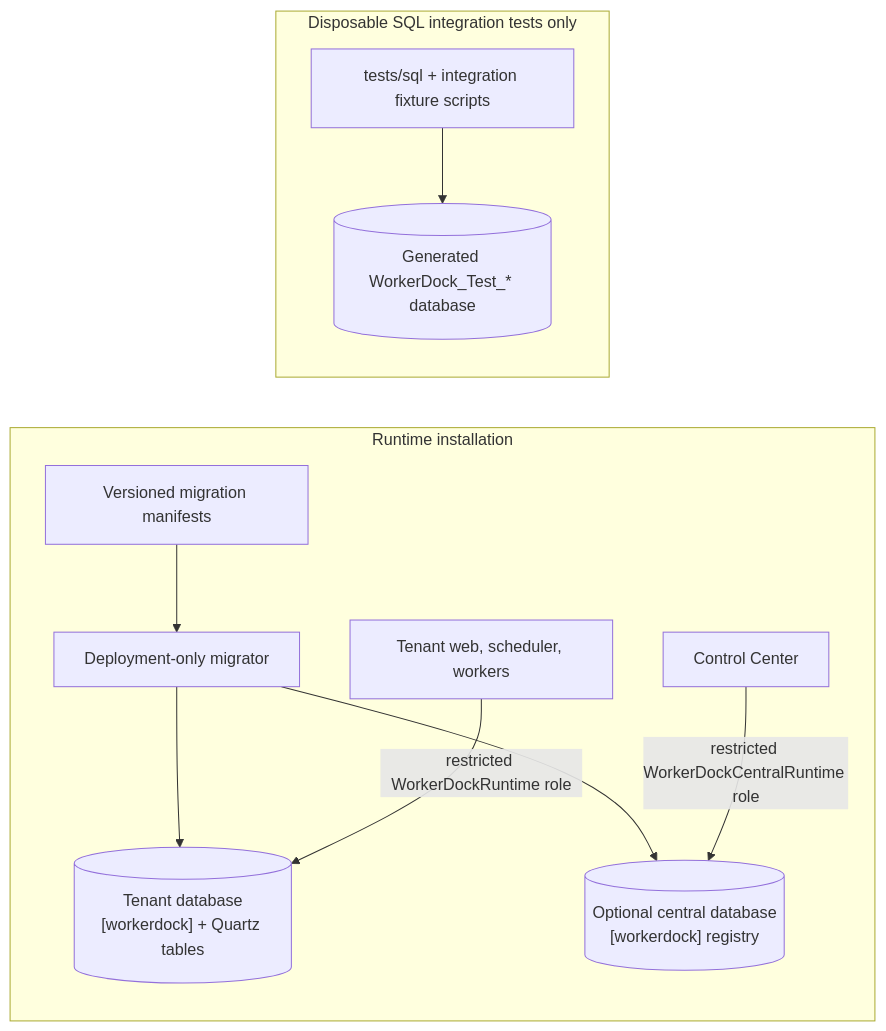
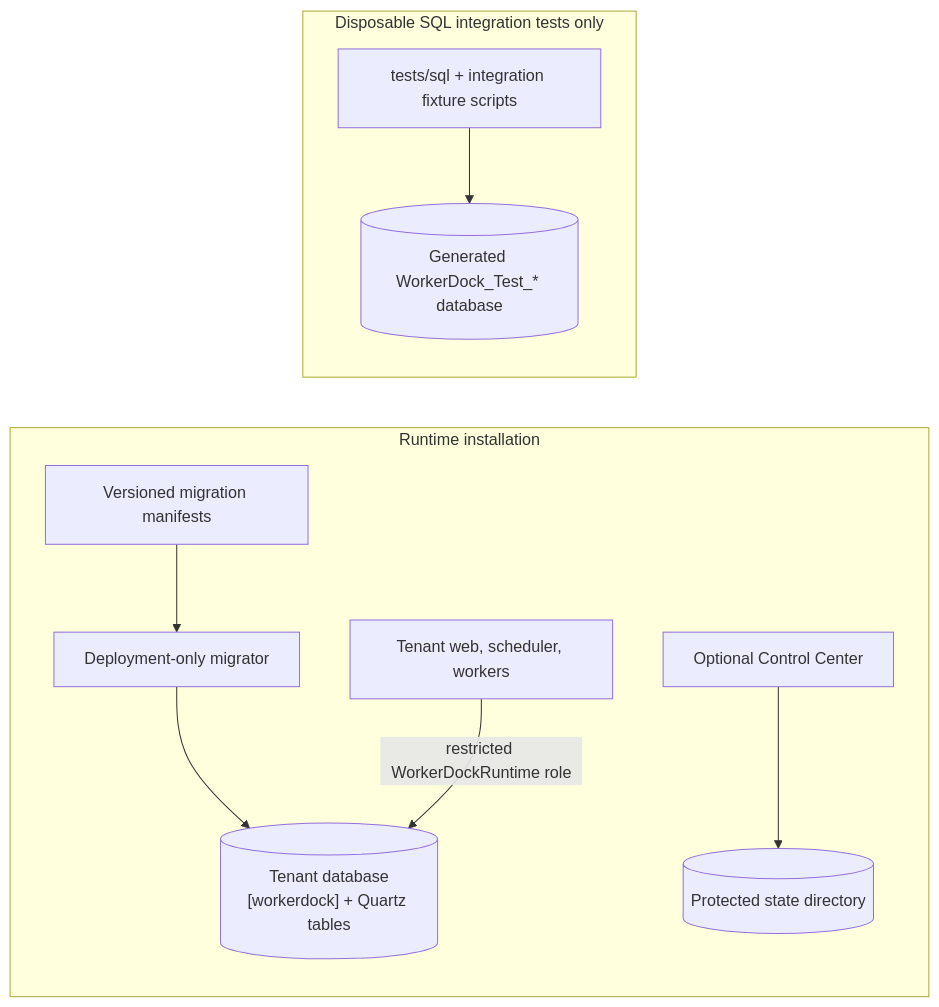
The diagram in docs/how-to/setup-sql-server.md (brunofreitasv/WorkerDock), drawn with Mermaid before and after one commit. The commit also changed other lines of this file and 10 other files, not shown here.

Commit message:
docs: document database-free control center

````diff
--- a/docs/how-to/setup-sql-server.md
+++ b/docs/how-to/setup-sql-server.md
@@ -7,13 +7,12 @@
 ```mermaid
 flowchart LR
     subgraph Runtime["Runtime installation"]
         Manifest["Versioned migration manifests"] --> Migrator["Deployment-only migrator"]
         Migrator --> TenantDb[("Tenant database<br/>[workerdock] + Quartz tables")]
-        Migrator --> CenterDb[("Optional central database<br/>[workerdock] registry")]
         TenantApps["Tenant web, scheduler, workers"] -->|"restricted WorkerDockRuntime role"| TenantDb
-        CenterApp["Control Center"] -->|"restricted WorkerDockCentralRuntime role"| CenterDb
+        CenterApp["Optional Control Center"] --> CenterFiles[("Protected state directory")]
     end
     subgraph Tests["Disposable SQL integration tests only"]
         Fixtures["tests/sql + integration fixture scripts"] --> TestDb[("Generated WorkerDock_Test_* database")]
     end
 ```
````
